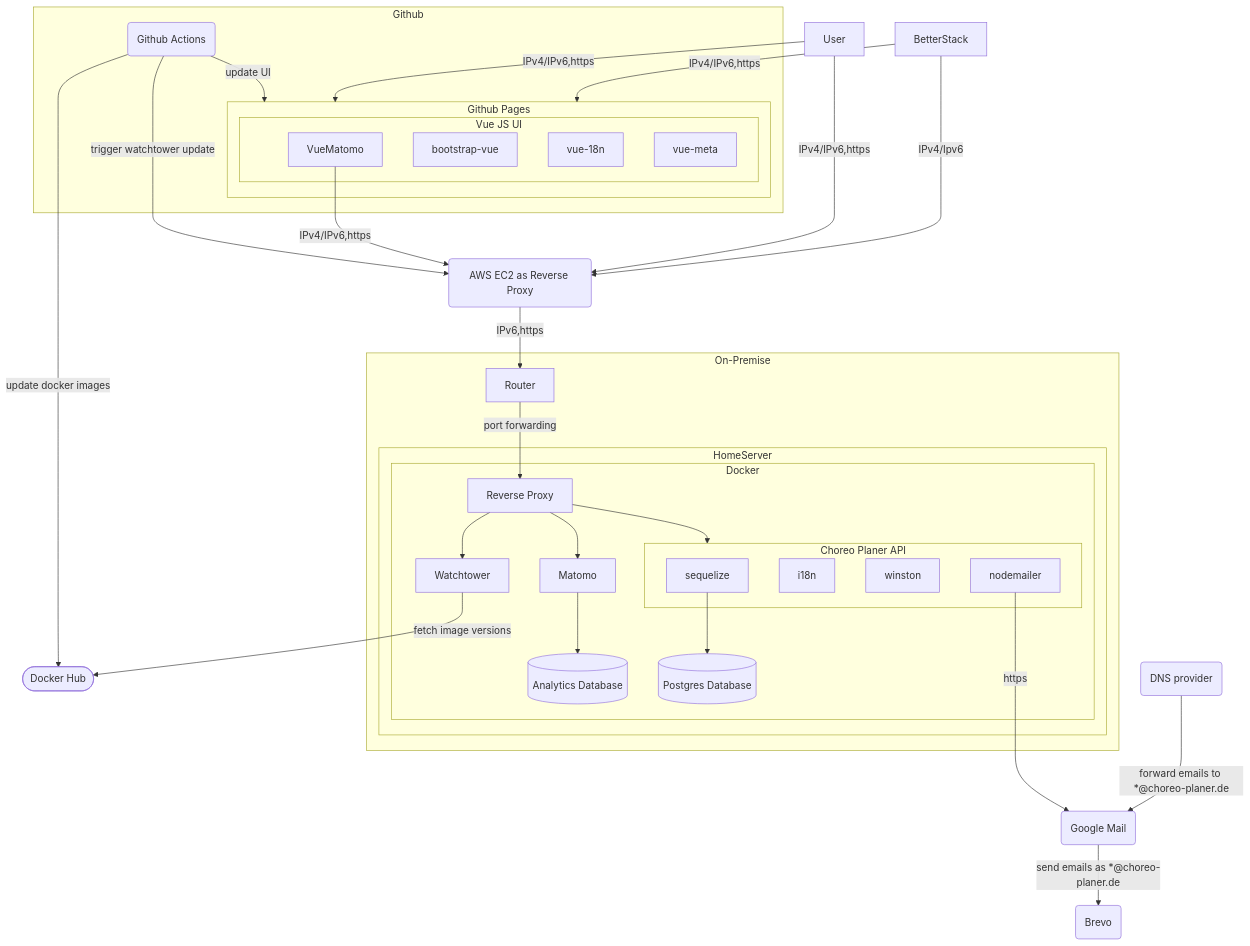
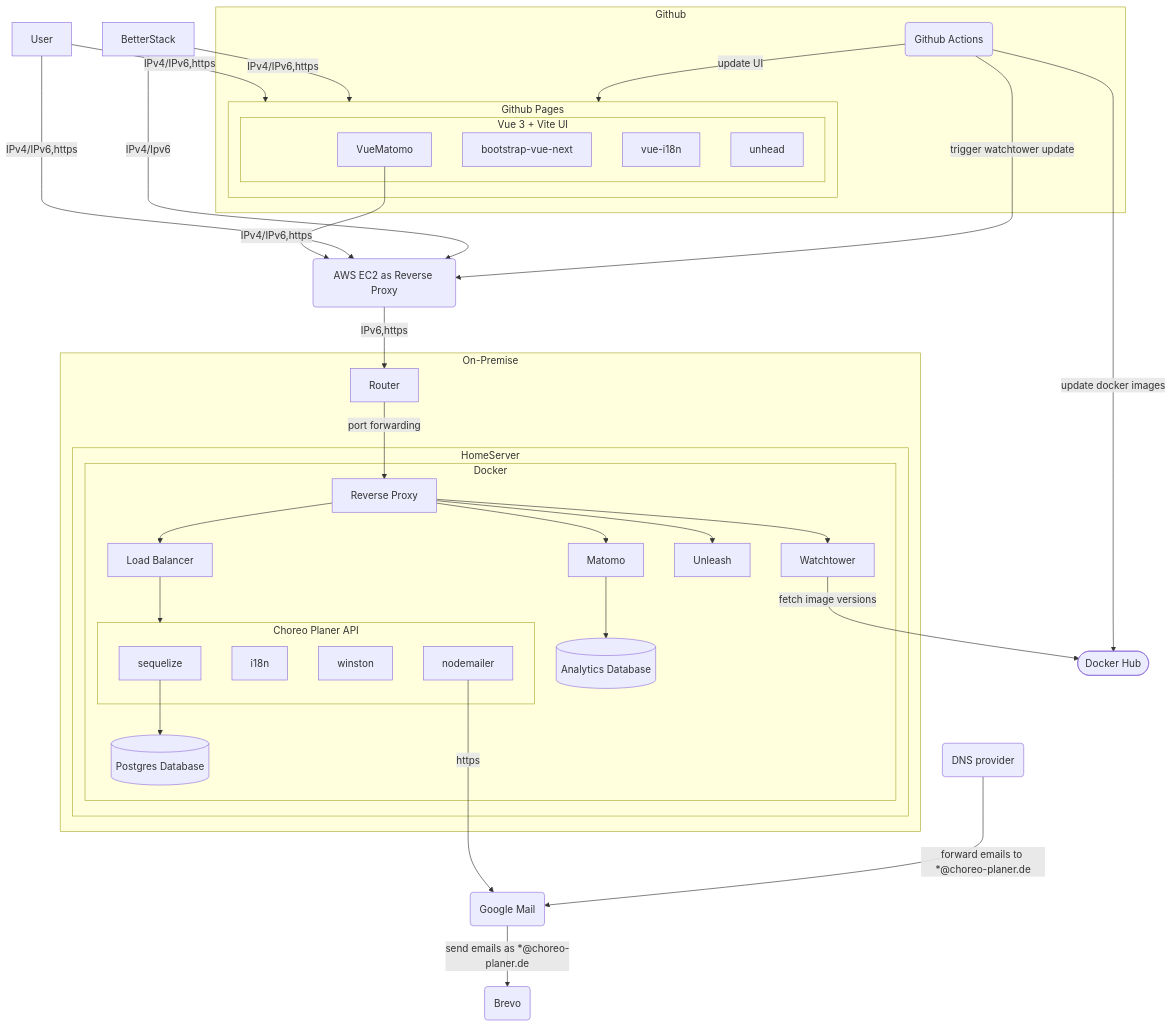
Before and after one commit to andreasnicklaus/cheer-choreo-tool: the diagram in README.md, drawn with Mermaid. The commit also changed other lines of this file and 628 other files, not shown here.

````diff
--- a/README.md
+++ b/README.md
@@ -36,64 +49,69 @@
 ```mermaid
 graph
 
   subgraph Github
     subgraph pages[Github Pages]
-      subgraph vue[Vue JS UI]
+      subgraph vue[Vue 3 + Vite UI]
         VueMatomo
-        bootstrap-vue
-        vue-18n
-        vue-meta
+        bootstrap-vue-next
+        vue-i18n
+        unhead
       end
     end
     githubactions(Github Actions)
   end
 
 
 
   subgraph On-Premise
     Router --port forwarding--> ReverseProxy
     subgraph HomeServer
       subgraph Docker
         ReverseProxy
         Matomo
         Watchtower
+        Unleash
         ReverseProxy[Reverse Proxy]
+        LoadBalancer[Load Balancer]
         sequelize
         db[(Postgres Database)]
         dba[(Analytics Database)]
         subgraph api[Choreo Planer API]
           sequelize
           i18n
           winston
           nodemailer
         end
       end
     end
   end
 
-  ReverseProxy --> api
+  ReverseProxy --> LoadBalancer
   ReverseProxy --> Watchtower
   ReverseProxy --> Matomo
+  ReverseProxy --> Unleash
+
+  LoadBalancer --> api
 
   sequelize --> db
   Matomo --> dba
 
   VueMatomo --IPv4/IPv6,https--> aws
 
   User --IPv4/IPv6,https--> aws(AWS EC2 as Reverse Proxy)
   User --IPv4/IPv6,https--> pages
   aws --IPv6,https--> Router
 
   BetterStack --IPv4/Ipv6--> aws
   BetterStack --IPv4/IPv6,https--> pages
 
   githubactions --update docker images--> dockerhub([Docker Hub])
   githubactions --update UI--> pages
   githubactions --trigger watchtower update--> aws
 
   Watchtower --fetch image versions--> dockerhub
 
   nodemailer --https---> GoogleMail(Google Mail)
   mailProxy(DNS provider) --forward emails to *@choreo-planer.de--> GoogleMail
   GoogleMail --send emails as *@choreo-planer.de--> Brevo(Brevo)
 ```
````
